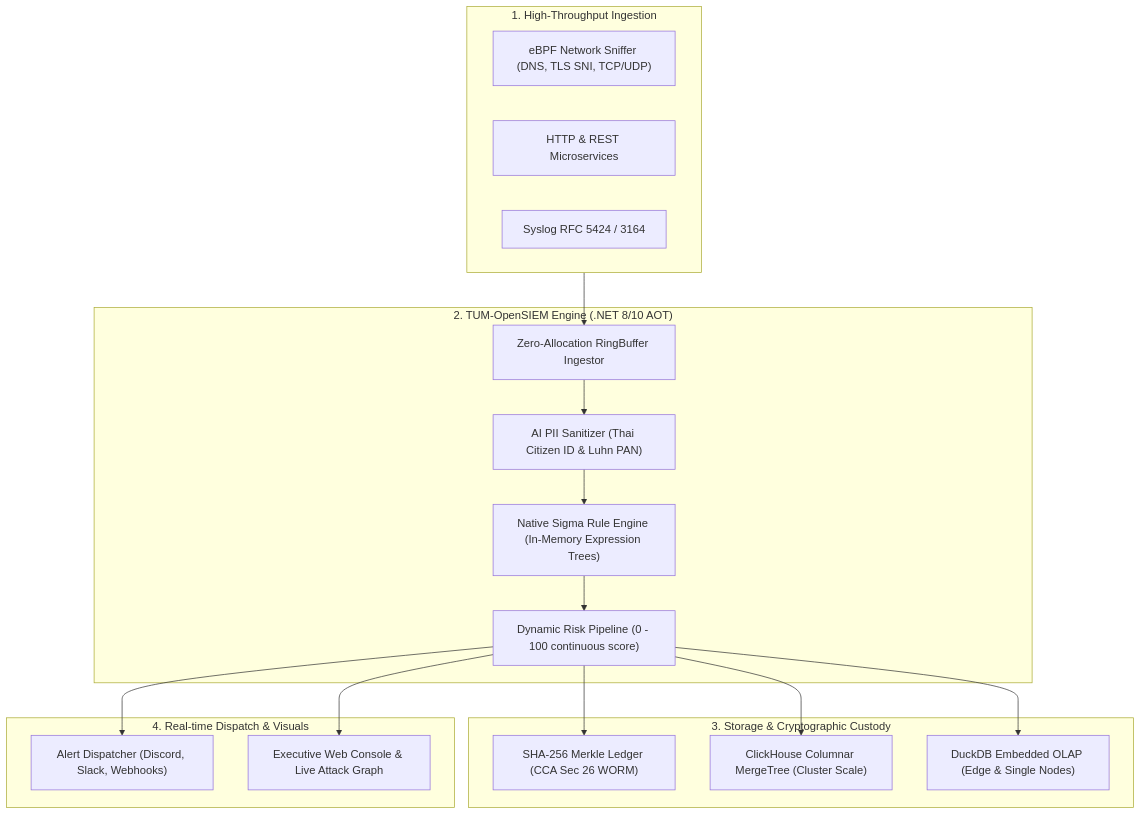
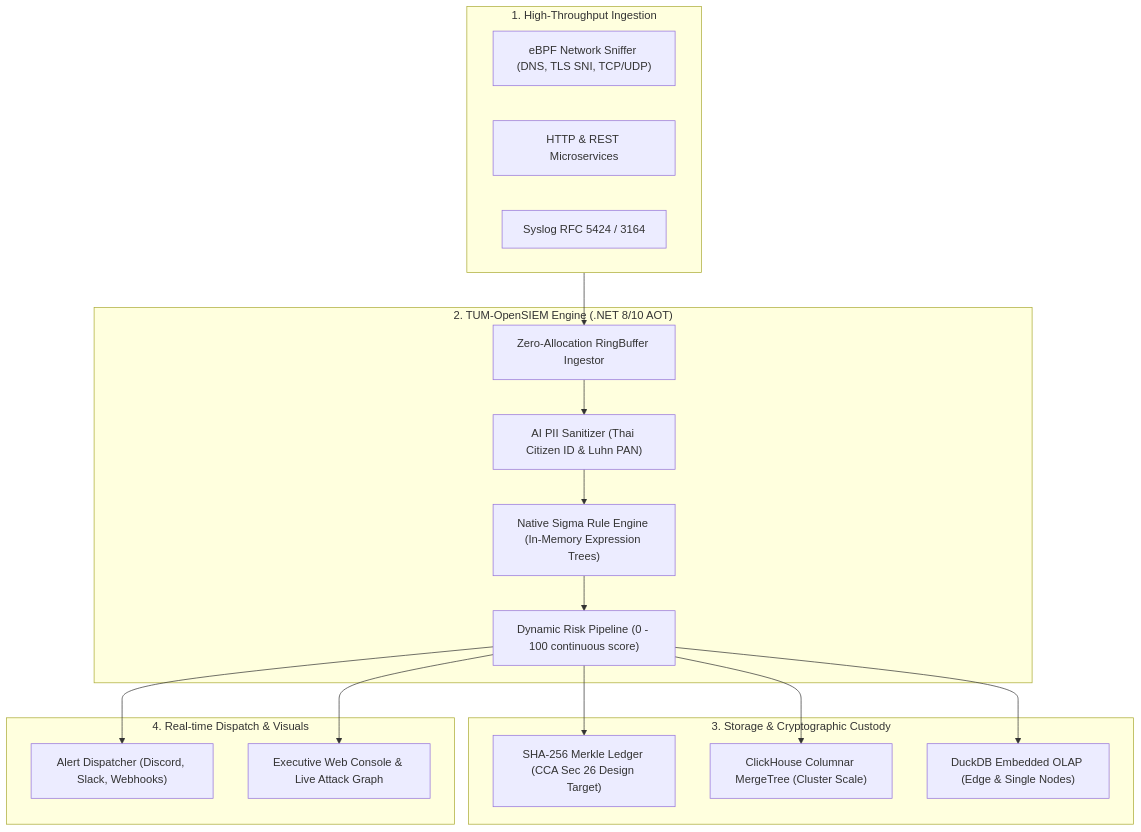
Before and after one commit to PasitTum/tum-socs: the diagram in README.md, drawn with Mermaid. The commit also changed other lines of this file and 71 other files, not shown here.

````diff
--- a/README.md
+++ b/README.md
@@ -17,34 +26,34 @@
 ```mermaid
 flowchart TD
     subgraph Sources["1. High-Throughput Ingestion"]
         S1["eBPF Network Sniffer (DNS, TLS SNI, TCP/UDP)"]
         S2["HTTP & REST Microservices"]
         S3["Syslog RFC 5424 / 3164"]
     end
 
     subgraph CoreEngine["2. TUM-OpenSIEM Engine (.NET 8/10 AOT)"]
         RB["Zero-Allocation RingBuffer Ingestor"]
         PII["AI PII Sanitizer (Thai Citizen ID & Luhn PAN)"]
         SIG["Native Sigma Rule Engine (In-Memory Expression Trees)"]
         RSK["Dynamic Risk Pipeline (0 - 100 continuous score)"]
     end
 
     subgraph StorageSinks["3. Storage & Cryptographic Custody"]
-        WORM["SHA-256 Merkle Ledger (CCA Sec 26 WORM)"]
+        WORM["SHA-256 Merkle Ledger (CCA Sec 26 Design Target)"]
         CH["ClickHouse Columnar MergeTree (Cluster Scale)"]
         DUCK["DuckDB Embedded OLAP (Edge & Single Nodes)"]
     end
 
     subgraph Dispatch["4. Real-time Dispatch & Visuals"]
         ALT["Alert Dispatcher (Discord, Slack, Webhooks)"]
         HUD["Executive Web Console & Live Attack Graph"]
     end
 
     Sources --> RB
     RB --> PII --> SIG --> RSK
     RSK --> WORM
     RSK --> CH
     RSK --> DUCK
     RSK --> ALT
     RSK --> HUD
 ```
````
